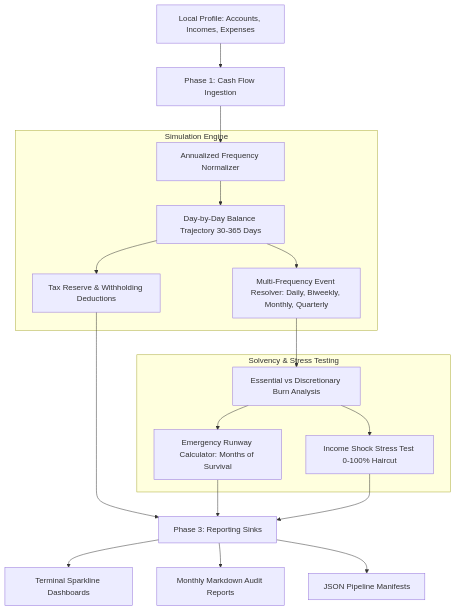
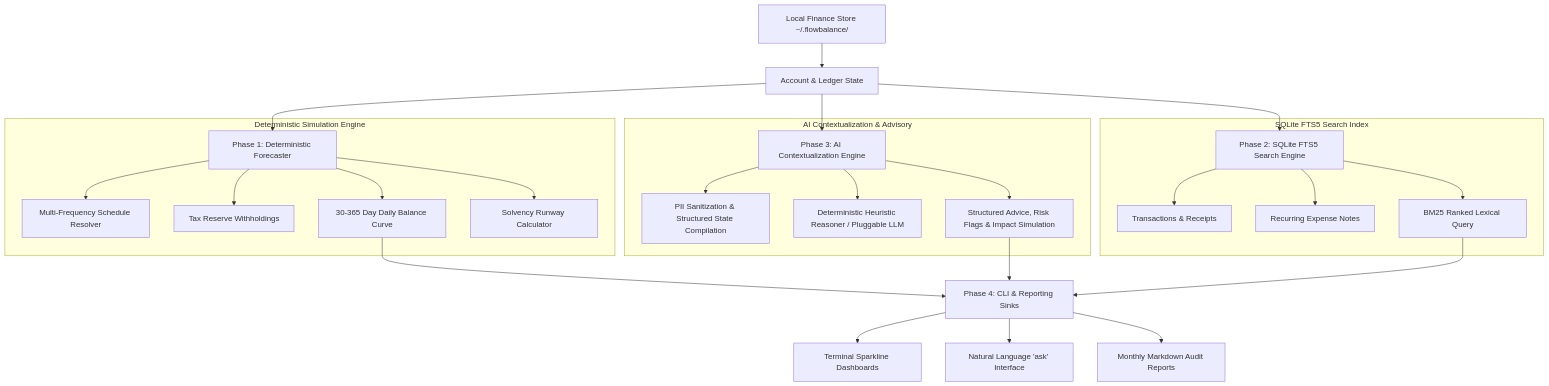
The diagram in README.md (Muybi3n/AI_Projects), drawn with Mermaid before and after one commit. The commit also changed other lines of this file and 9 other files, not shown here.

Commit message:
feat: add LLM financial contextualization advisor and SQLite FTS5 search

````diff
--- a/README.md
+++ b/README.md
@@ -29,22 +35,31 @@
 ```mermaid
 graph TD
-    A[Local Profile: Accounts, Incomes, Expenses] --> B[Phase 1: Cash Flow Ingestion]
-    B --> C[Annualized Frequency Normalizer]
+    A[Local Finance Store ~/.flowbalance/] --> B[Account & Ledger State]
+    B --> C[Phase 1: Deterministic Forecaster]
+    B --> D[Phase 2: SQLite FTS5 Search Engine]
+    B --> E[Phase 3: AI Contextualization Engine]
     
-    subgraph "Simulation Engine"
-        C --> D[Day-by-Day Balance Trajectory 30-365 Days]
-        D --> E[Multi-Frequency Event Resolver: Daily, Biweekly, Monthly, Quarterly]
-        D --> F[Tax Reserve & Withholding Deductions]
+    subgraph "Deterministic Simulation Engine"
+        C --> C1[Multi-Frequency Schedule Resolver]
+        C --> C2[Tax Reserve Withholdings]
+        C --> C3[30-365 Day Daily Balance Curve]
+        C --> C4[Solvency Runway Calculator]
     end
     
-    subgraph "Solvency & Stress Testing"
-        E --> G[Essential vs Discretionary Burn Analysis]
-        G --> H[Emergency Runway Calculator: Months of Survival]
-        G --> I[Income Shock Stress Test 0-100% Haircut]
+    subgraph "AI Contextualization & Advisory"
+        E --> E1[PII Sanitization & Structured State Compilation]
+        E --> E2[Deterministic Heuristic Reasoner / Pluggable LLM]
+        E --> E3[Structured Advice, Risk Flags & Impact Simulation]
     end
     
-    F & H & I --> J[Phase 3: Reporting Sinks]
-    J --> K[Terminal Sparkline Dashboards]
-    J --> L[Monthly Markdown Audit Reports]
-    J --> M[JSON Pipeline Manifests]
+    subgraph "SQLite FTS5 Search Index"
+        D --> D1[Transactions & Receipts]
+        D --> D2[Recurring Expense Notes]
+        D --> D3[BM25 Ranked Lexical Query]
+    end
+    
+    C3 & E3 & D3 --> F[Phase 4: CLI & Reporting Sinks]
+    F --> G[Terminal Sparkline Dashboards]
+    F --> H[Natural Language 'ask' Interface]
+    F --> I[Monthly Markdown Audit Reports]
 ```
````
